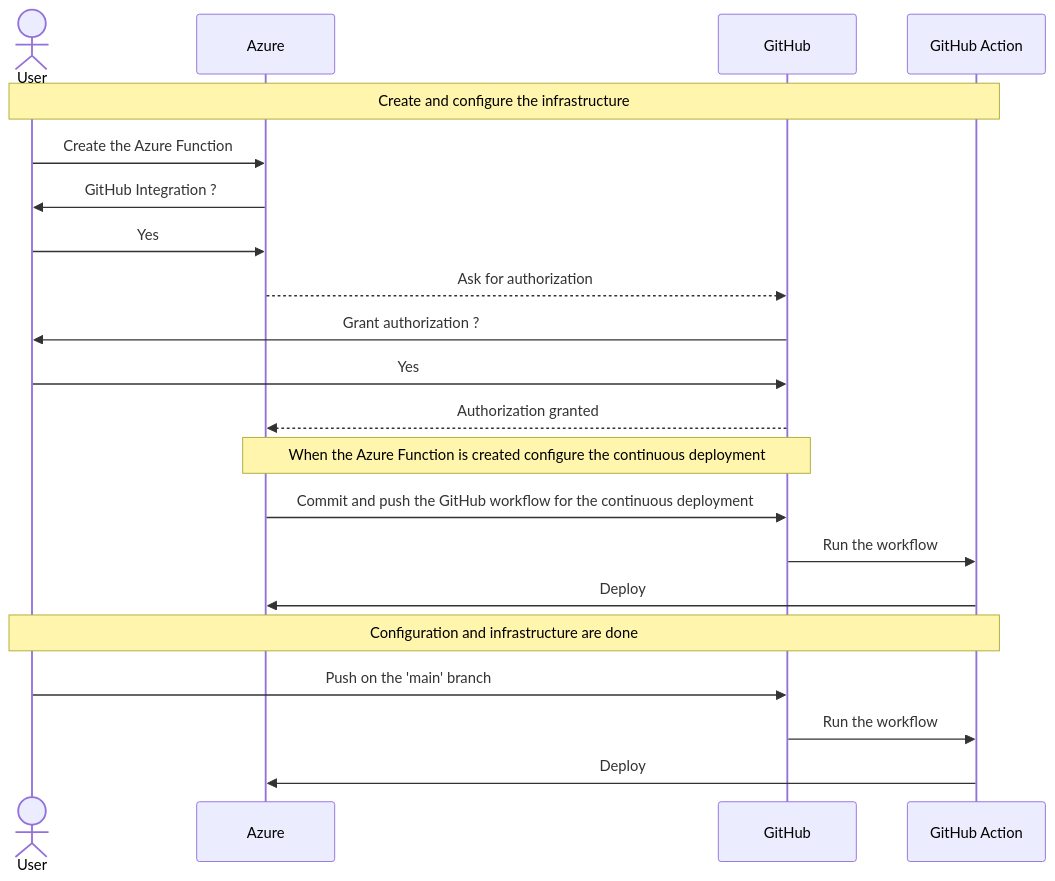
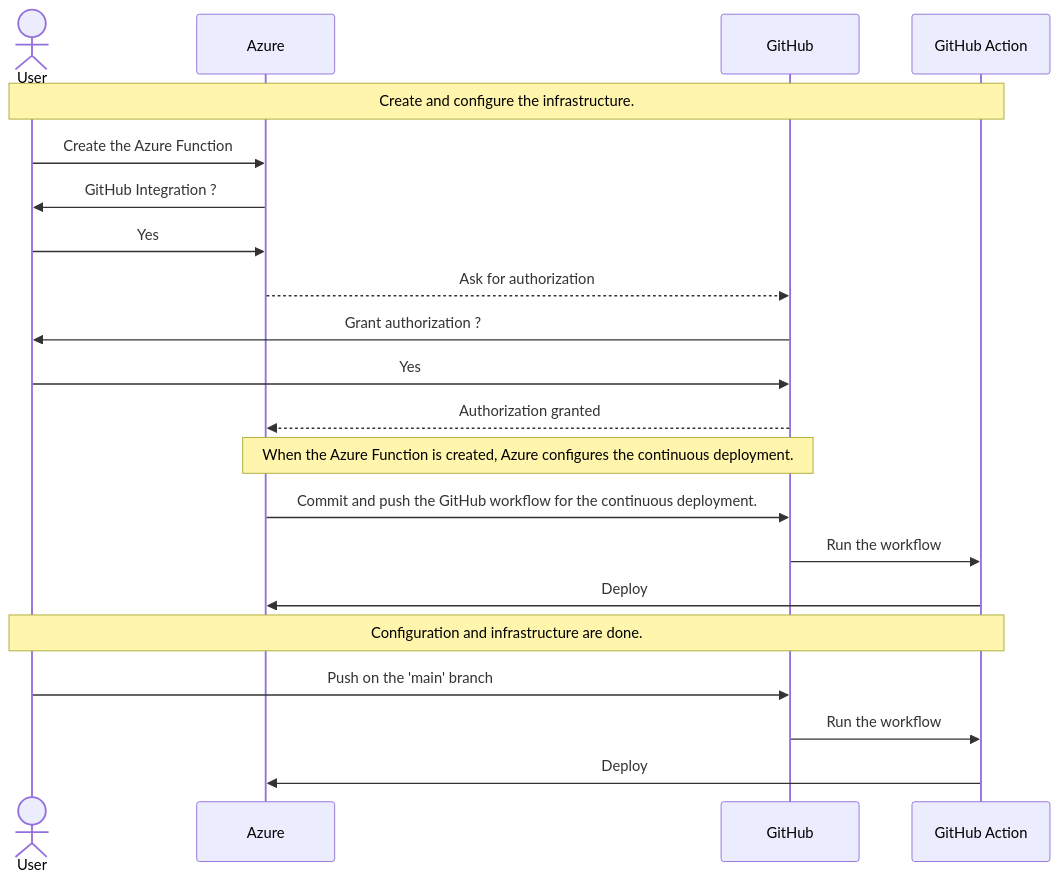
One commit to florian-vuillemot/florian-vuillemot.github.io changed the diagram in _posts/2023-11-28-azure-function-python-ml-part-1.markdown. Above: the diagram before and after it, drawn with Mermaid. The commit also changed other lines of this file and 1 other file, not shown here.

````diff
--- a/_posts/2023-11-28-azure-function-python-ml-part-1.markdown
+++ b/_posts/2023-11-28-azure-function-python-ml-part-1.markdown
@@ -100,27 +102,27 @@
 ```mermaid
 sequenceDiagram
     actor User
     participant Azure
     participant GitHub
     participant GitHub Action
 
-    Note over User,GitHub Action: Create and configure the infrastructure
+    Note over User,GitHub Action: Create and configure the infrastructure.
 
     User->>Azure: Create the Azure Function
     Azure->>User: GitHub Integration ?
     User->>Azure: Yes
     Azure-->>GitHub: Ask for authorization
     GitHub->>User: Grant authorization ?
     User->>GitHub: Yes
     GitHub-->>Azure: Authorization granted
 
-    Note over Azure,GitHub: When the Azure Function is created configure the continuous deployment
-    Azure->>GitHub: Commit and push the GitHub workflow for the continuous deployment
+    Note over Azure,GitHub: When the Azure Function is created, Azure configures the continuous deployment. 
+    Azure->>GitHub: Commit and push the GitHub workflow for the continuous deployment.
     GitHub->>GitHub Action: Run the workflow
     GitHub Action->>Azure: Deploy
 
-    Note over User,GitHub Action: Configuration and infrastructure are done
+    Note over User,GitHub Action: Configuration and infrastructure are done.
     User->>GitHub: Push on the 'main' branch
     GitHub->>GitHub Action: Run the workflow
     GitHub Action->>Azure: Deploy
 ```
````
